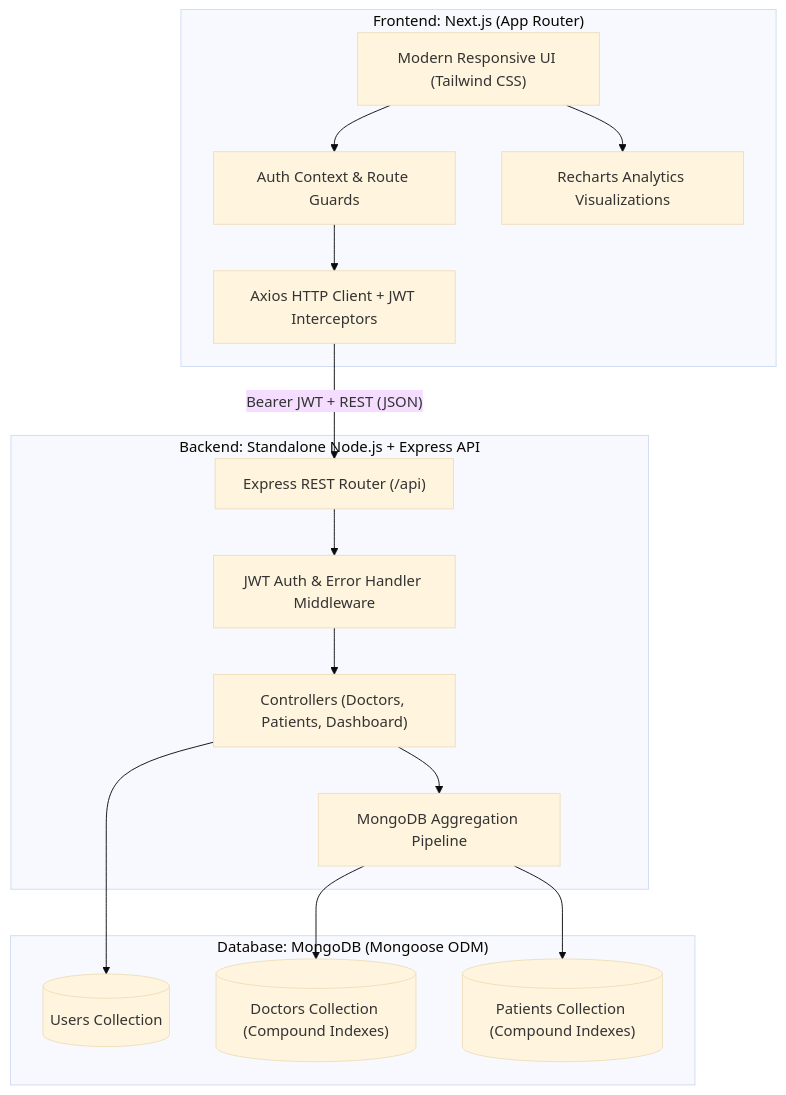
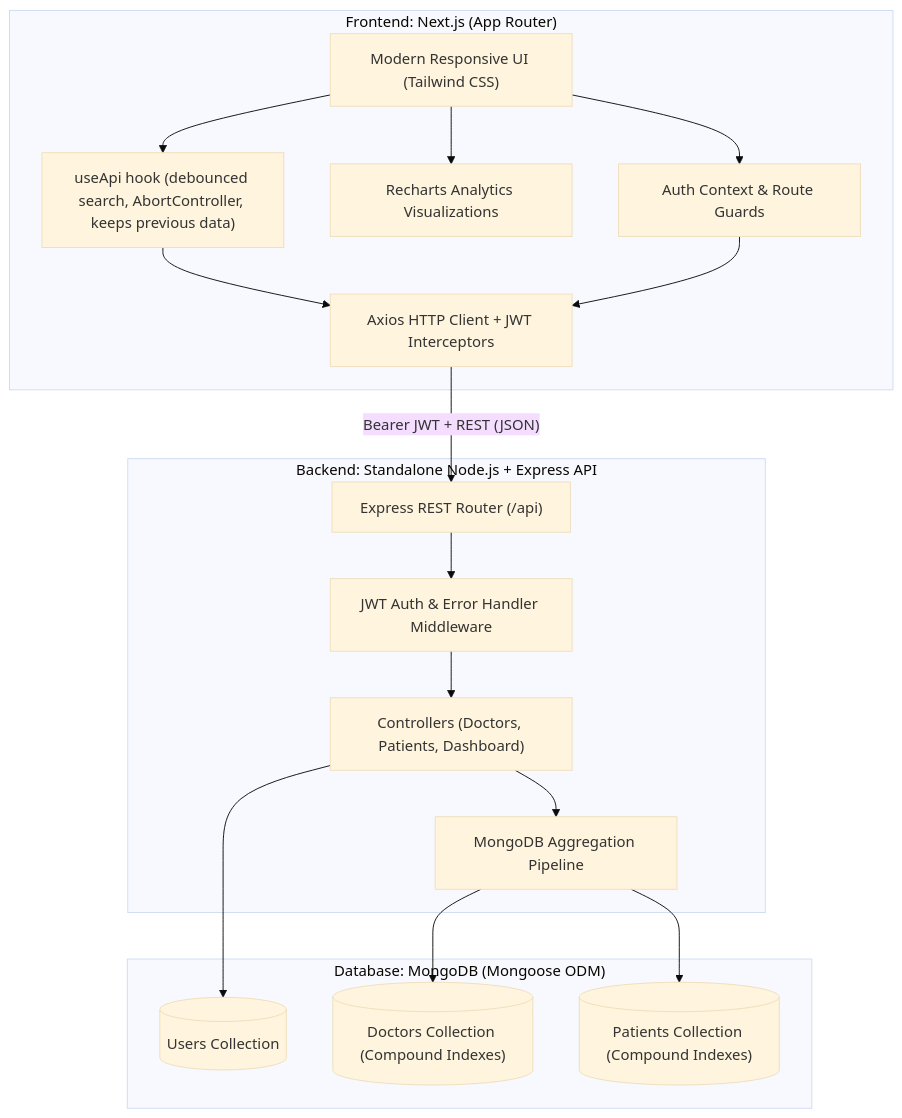
The diagram in README.md (mmhfarooque/doctor-tracker), drawn with Mermaid (base theme) before and after one commit. The commit also changed other lines of this file and 8 other files, not shown here.

Commit message:
docs: accurate README (data flow, dashboard queries, performance section) and fresh screenshots

````diff
--- a/README.md
+++ b/README.md
@@ -90,33 +90,36 @@
 ```mermaid
 flowchart TD
     subgraph Client ["Frontend: Next.js (App Router)"]
         UI["Modern Responsive UI (Tailwind CSS)"]
         AuthCtx["Auth Context & Route Guards"]
         Recharts["Recharts Analytics Visualizations"]
+        DataHook["useApi hook (debounced search, AbortController, keeps previous data)"]
         AxiosClient["Axios HTTP Client + JWT Interceptors"]
     end
 
     subgraph Server ["Backend: Standalone Node.js + Express API"]
         Router["Express REST Router (/api)"]
         JWTMiddleware["JWT Auth & Error Handler Middleware"]
         Controllers["Controllers (Doctors, Patients, Dashboard)"]
         AggregationEngine["MongoDB Aggregation Pipeline"]
     end
 
     subgraph Database ["Database: MongoDB (Mongoose ODM)"]
         UserCol[("Users Collection")]
         DoctorCol[("Doctors Collection (Compound Indexes)")]
         PatientCol[("Patients Collection (Compound Indexes)")]
     end
 
     UI --> AuthCtx
     UI --> Recharts
+    UI --> DataHook
+    DataHook --> AxiosClient
     AuthCtx --> AxiosClient
     AxiosClient -->|"Bearer JWT + REST (JSON)"| Router
     Router --> JWTMiddleware
     JWTMiddleware --> Controllers
     Controllers --> AggregationEngine
     AggregationEngine --> DoctorCol
     AggregationEngine --> PatientCol
     Controllers --> UserCol
 ```
````
